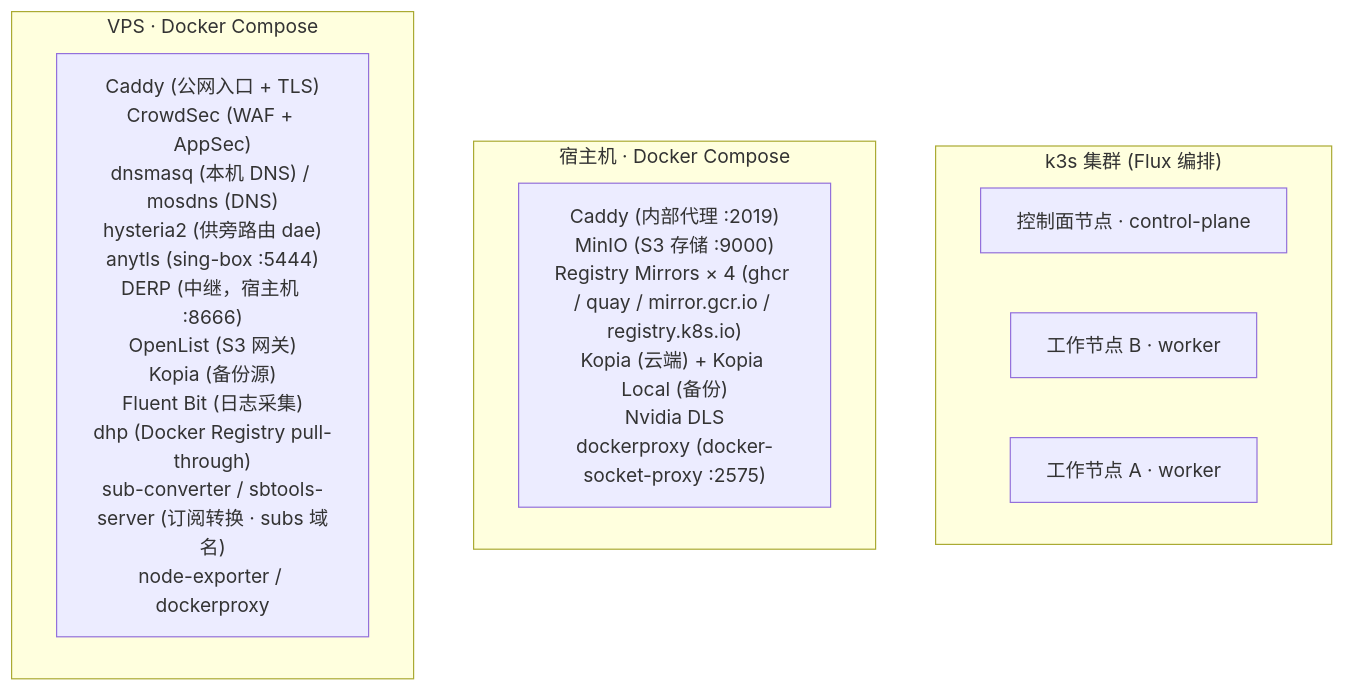
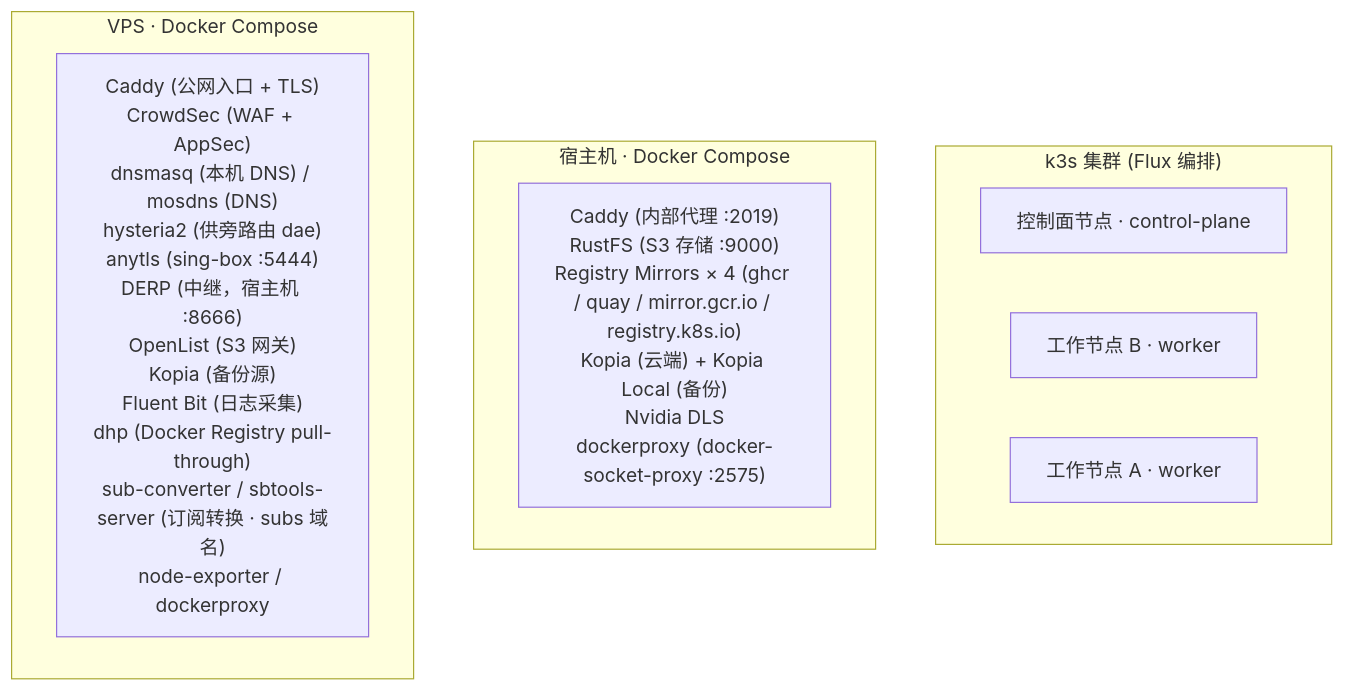
The third of 8 diagrams in docs/ARCHITECTURE.md (shelken/home-ops), drawn with Mermaid before and after one commit. The commit also changed other lines of this file and 7 other files, not shown here.

````diff
--- a/docs/ARCHITECTURE.md
+++ b/docs/ARCHITECTURE.md
@@ -130,32 +130,32 @@
 ```mermaid
 graph TB
     subgraph K3S["k3s 集群 (Flux 编排)"]
         NODE_SAKA["控制面节点 · control-plane"]
         NODE_H1["工作节点 B · worker"]
         NODE_YUUKO["工作节点 A · worker"]
     end
 
     subgraph COMPOSE_SAKA["宿主机 · Docker Compose"]
         CD_SAKA["Caddy (内部代理 :2019)
-MinIO (S3 存储 :9000)
+RustFS (S3 存储 :9000)
 Registry Mirrors × 4 (ghcr / quay / mirror.gcr.io / registry.k8s.io)
 Kopia (云端) + Kopia Local (备份)
 Nvidia DLS
 dockerproxy (docker-socket-proxy :2575)"]
     end
 
     subgraph COMPOSE_VPS["VPS · Docker Compose"]
         CD_VPS["Caddy (公网入口 + TLS)
 CrowdSec (WAF + AppSec)
 dnsmasq (本机 DNS) / mosdns (DNS)
 hysteria2 (供旁路由 dae)
 anytls (sing-box :5444)
 DERP (中继，宿主机 :8666)
 OpenList (S3 网关)
 Kopia (备份源)
 Fluent Bit (日志采集)
 dhp (Docker Registry pull-through)
 sub-converter / sbtools-server (订阅转换 · subs 域名)
 node-exporter / dockerproxy"]
     end
 ```
````
